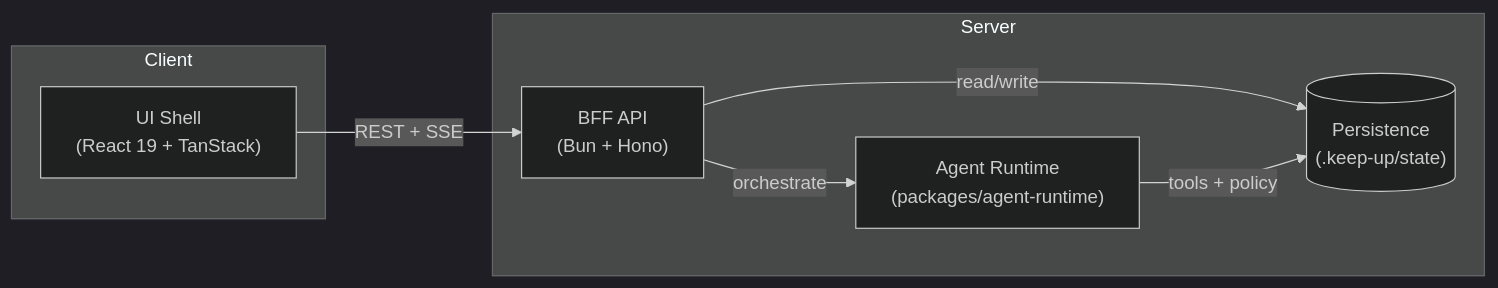
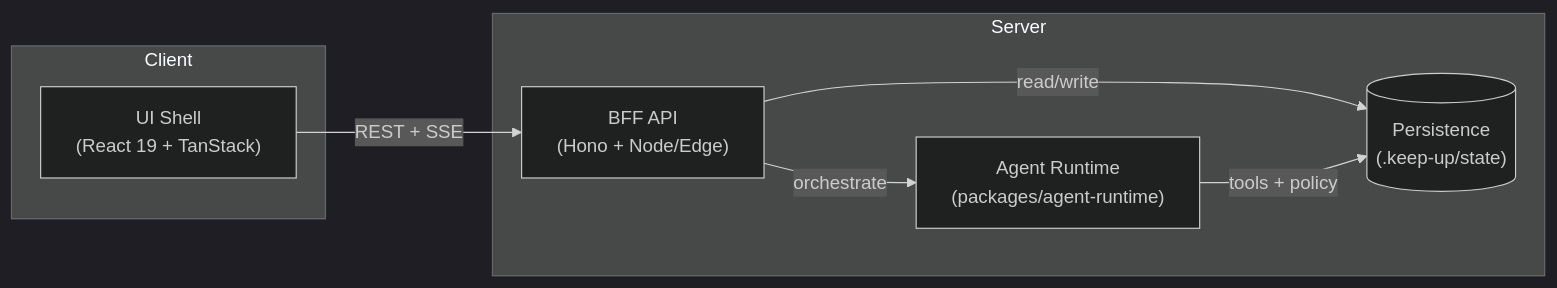
Before and after one commit to byoungd/keep-up: the first of 2 diagrams in docs/specs/cowork/cowork-app-architecture.md, drawn with Mermaid (dark theme). The commit also changed other lines of this file and 98 other files, not shown here.

````diff
--- a/docs/specs/cowork/cowork-app-architecture.md
+++ b/docs/specs/cowork/cowork-app-architecture.md
@@ -18,15 +18,15 @@
 ```mermaid
 flowchart LR
     subgraph Client
         UI["UI Shell<br/>(React 19 + TanStack)"]
     end
     subgraph Server
-        BFF["BFF API<br/>(Bun + Hono)"]
+        BFF["BFF API<br/>(Hono + Node/Edge)"]
         AR["Agent Runtime<br/>(packages/agent-runtime)"]
         State[("Persistence<br/>(.keep-up/state)")]
     end
     UI -- REST + SSE --> BFF
     BFF -- orchestrate --> AR
     BFF -- read/write --> State
     AR -- tools + policy --> State
 ```
````
